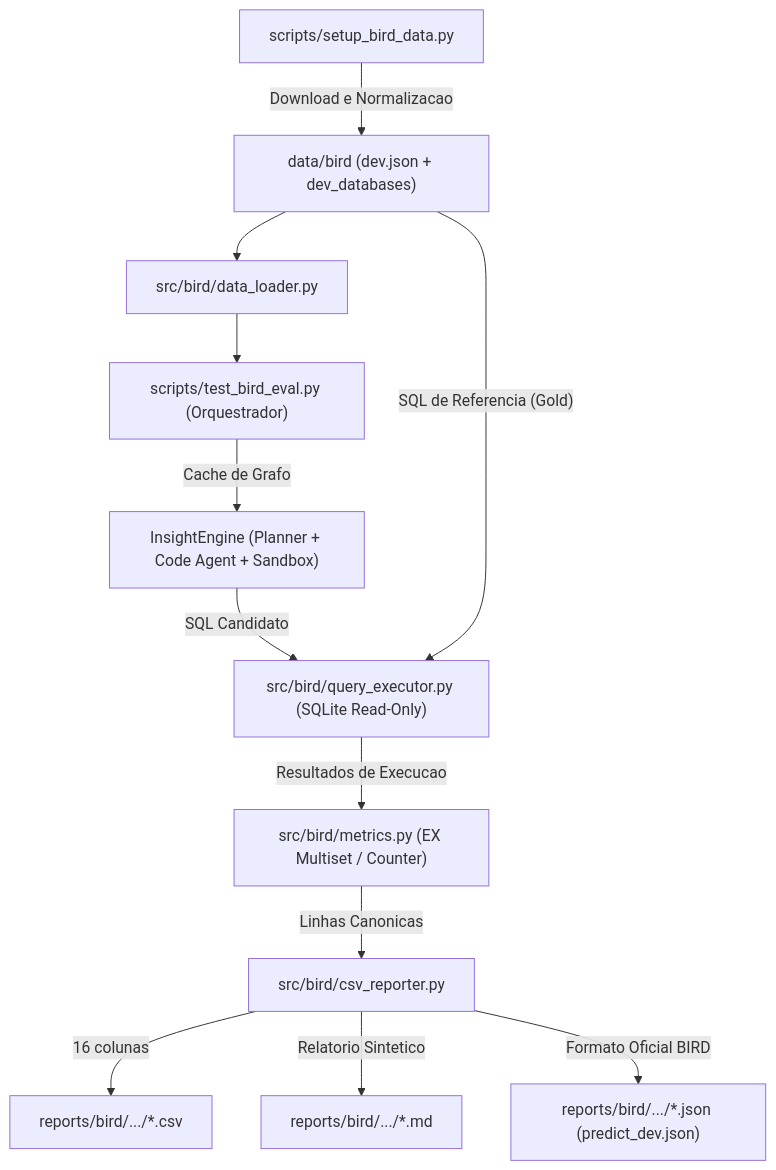
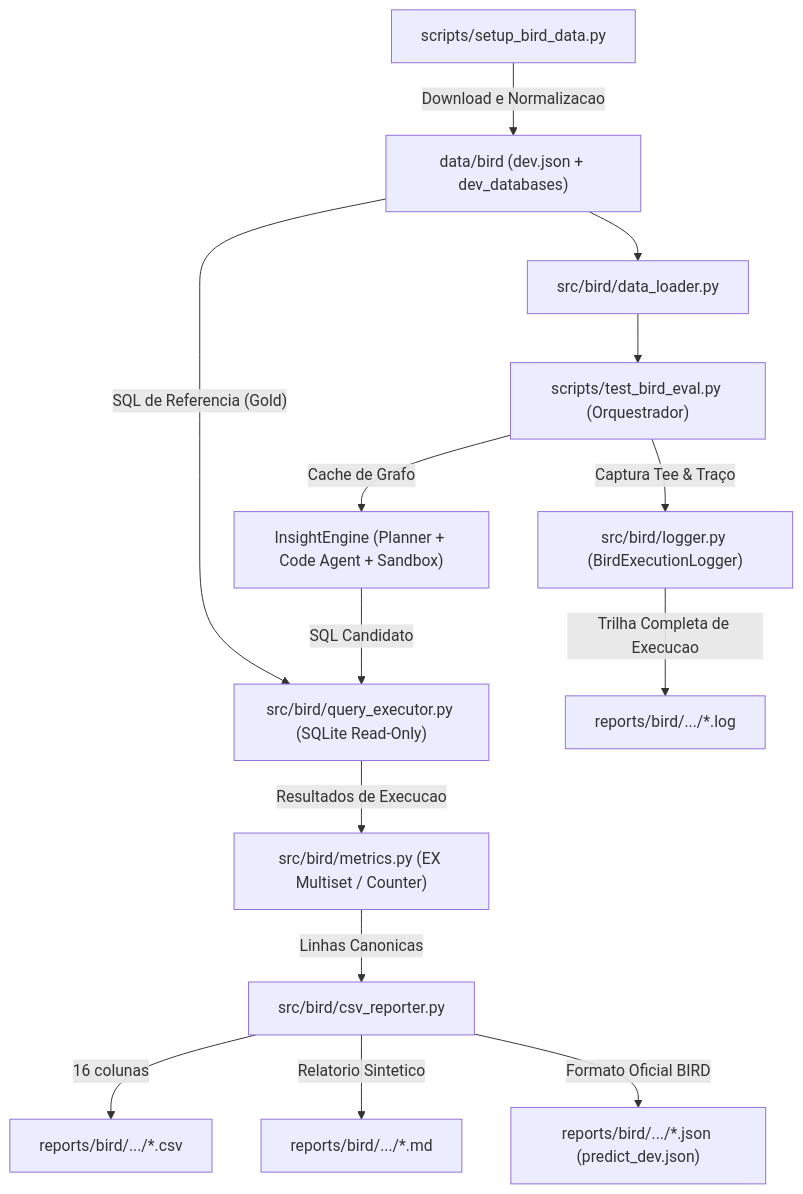
Before and after one commit to gruporaia/TextToInsight: the diagram in src/bird/BENCHMARK.md, drawn with Mermaid. The commit also changed other lines of this file, not shown here.

Commit message:
docs(bird): update BENCHMARK.md with execution logger and .log artifact documentation

````diff
--- a/src/bird/BENCHMARK.md
+++ b/src/bird/BENCHMARK.md
@@ -11,14 +11,16 @@
 ```mermaid
 flowchart TD
     Setup["scripts/setup_bird_data.py"] -->|"Download e Normalizacao"| Data["data/bird (dev.json + dev_databases)"]
     Data --> Loader["src/bird/data_loader.py"]
     Loader --> CLI["scripts/test_bird_eval.py (Orquestrador)"]
     CLI -->|"Cache de Grafo"| Engine["InsightEngine (Planner + Code Agent + Sandbox)"]
     Engine -->|"SQL Candidato"| Executor["src/bird/query_executor.py (SQLite Read-Only)"]
     Data -->|"SQL de Referencia (Gold)"| Executor
     Executor -->|"Resultados de Execucao"| Metrics["src/bird/metrics.py (EX Multiset / Counter)"]
     Metrics -->|"Linhas Canonicas"| Reporter["src/bird/csv_reporter.py"]
+    CLI -->|"Captura Tee & Traço"| Logger["src/bird/logger.py (BirdExecutionLogger)"]
     Reporter -->|"16 colunas"| CSV["reports/bird/.../*.csv"]
     Reporter -->|"Relatorio Sintetico"| MD["reports/bird/.../*.md"]
     Reporter -->|"Formato Oficial BIRD"| JSON["reports/bird/.../*.json (predict_dev.json)"]
+    Logger -->|"Trilha Completa de Execucao"| LOG["reports/bird/.../*.log"]
 ```
````
